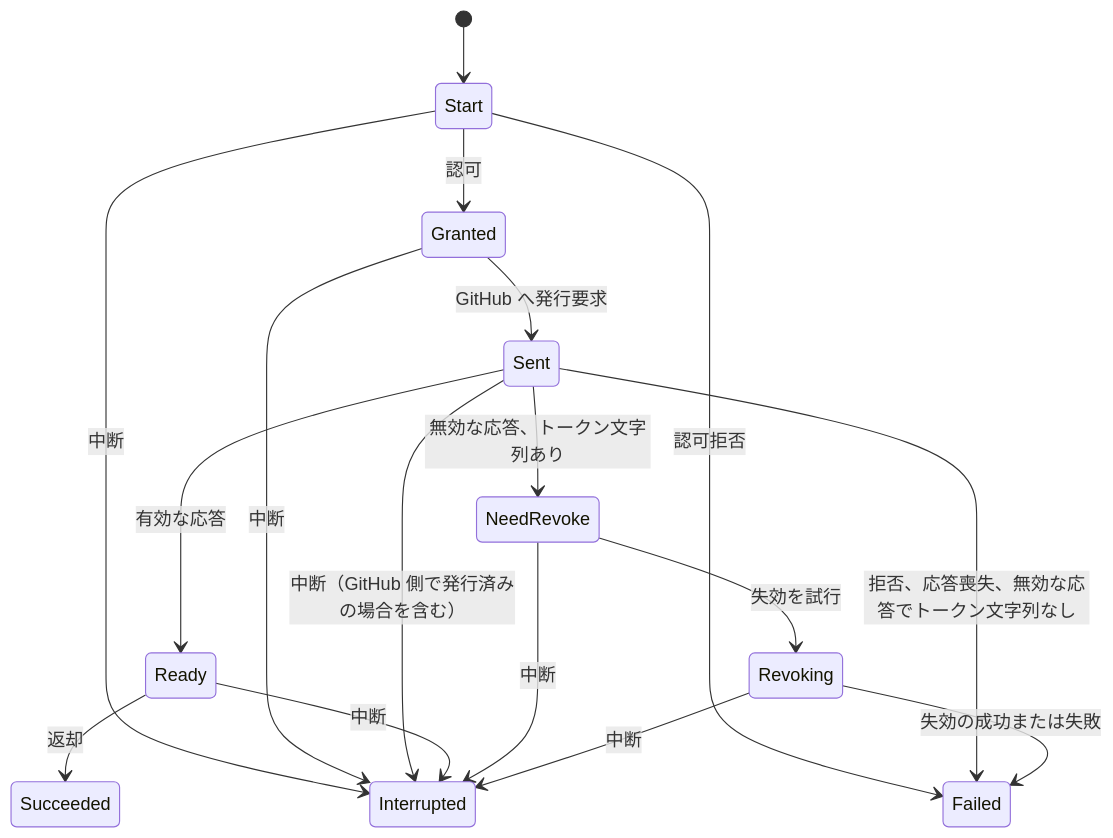
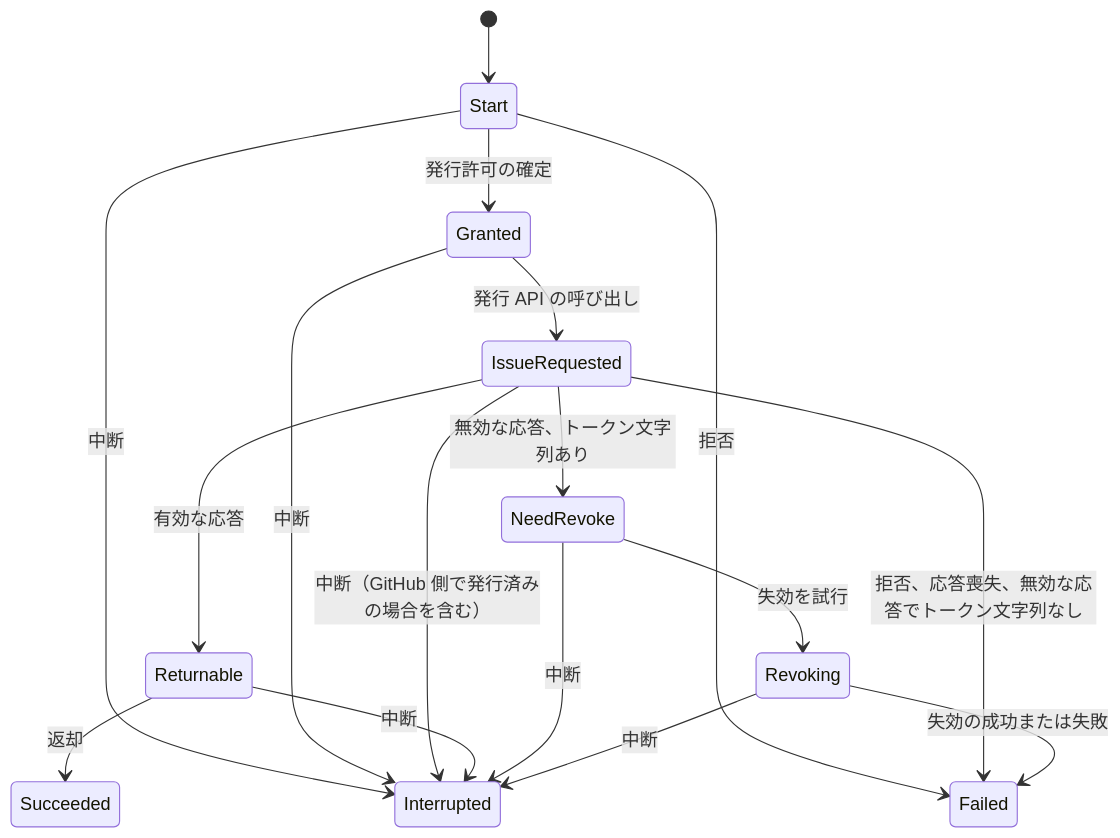
One commit to tmknom/gates changed the second of 2 diagrams in formal/README.md. Above: the diagram before and after it, drawn with Mermaid. The commit also changed other lines of this file and 13 other files, not shown here.

````diff
--- a/formal/README.md
+++ b/formal/README.md
@@ -95,19 +96,19 @@
 ```mermaid
 stateDiagram-v2
     [*] --> Start
-    Start --> Granted: 認可
-    Start --> Failed: 認可拒否
-    Granted --> Sent: GitHub へ発行要求
-    Sent --> Ready: 有効な応答
-    Sent --> NeedRevoke: 無効な応答、トークン文字列あり
-    Sent --> Failed: 拒否、応答喪失、無効な応答でトークン文字列なし
-    Ready --> Succeeded: 返却
+    Start --> Granted: 発行許可の確定
+    Start --> Failed: 拒否
+    Granted --> IssueRequested: 発行 API の呼び出し
+    IssueRequested --> Returnable: 有効な応答
+    IssueRequested --> NeedRevoke: 無効な応答、トークン文字列あり
+    IssueRequested --> Failed: 拒否、応答喪失、無効な応答でトークン文字列なし
+    Returnable --> Succeeded: 返却
     NeedRevoke --> Revoking: 失効を試行
     Revoking --> Failed: 失効の成功または失敗
     Start --> Interrupted: 中断
     Granted --> Interrupted: 中断
-    Sent --> Interrupted: 中断（GitHub 側で発行済みの場合を含む）
-    Ready --> Interrupted: 中断
+    IssueRequested --> Interrupted: 中断（GitHub 側で発行済みの場合を含む）
+    Returnable --> Interrupted: 中断
     NeedRevoke --> Interrupted: 中断
     Revoking --> Interrupted: 中断
 ```
````
